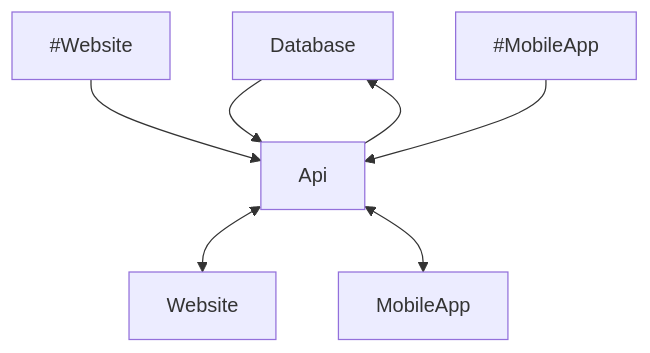
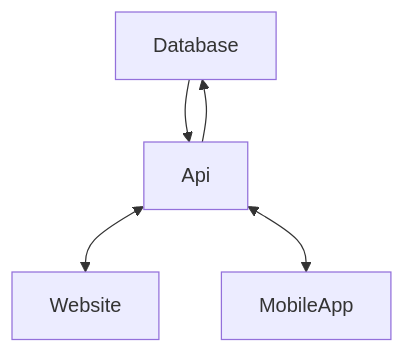
One commit to Storganizer/api changed the diagram in README.md. Above: the diagram before and after it, drawn with Mermaid.

Commit message:
Graph tryout

````diff
--- a/README.md
+++ b/README.md
@@ -4,12 +4,10 @@
 ```mermaid
   graph TD;
       Database-->Api;
       Api-->Database;
 
       Api<-->Website;
-      #Website-->Api;
 
       Api<-->MobileApp;
-      #MobileApp-->Api;
 
 ```
````
